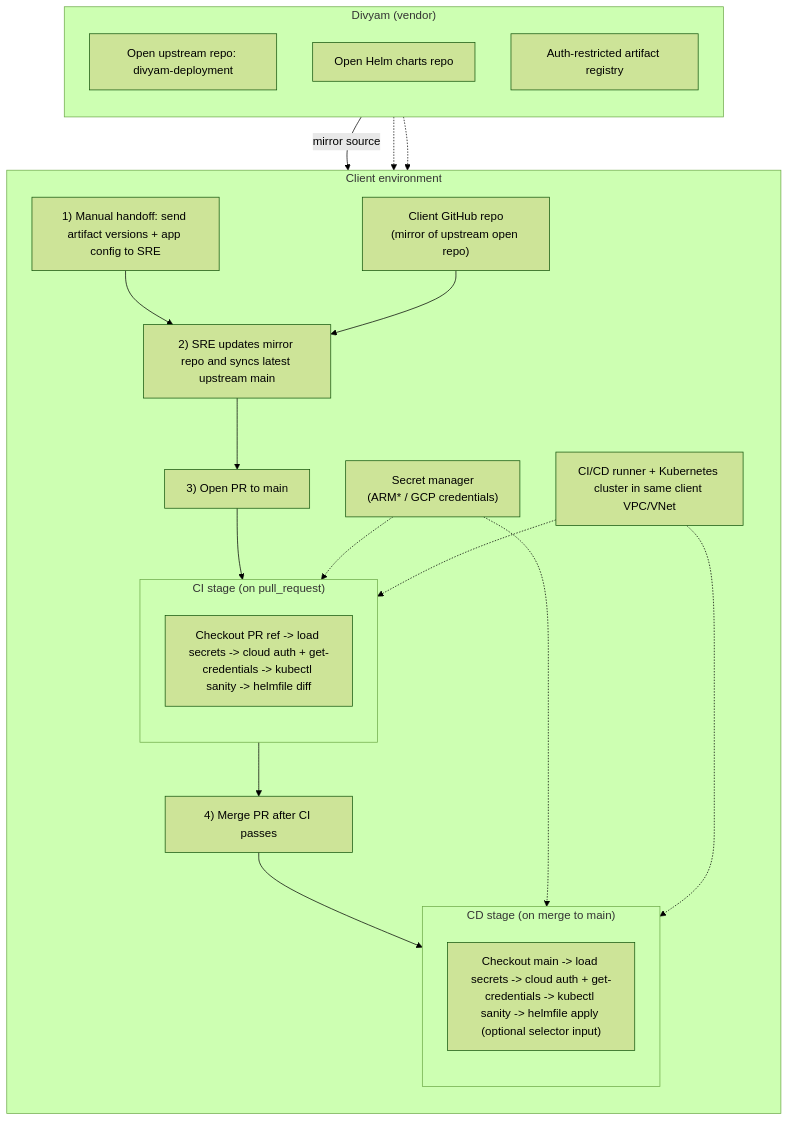
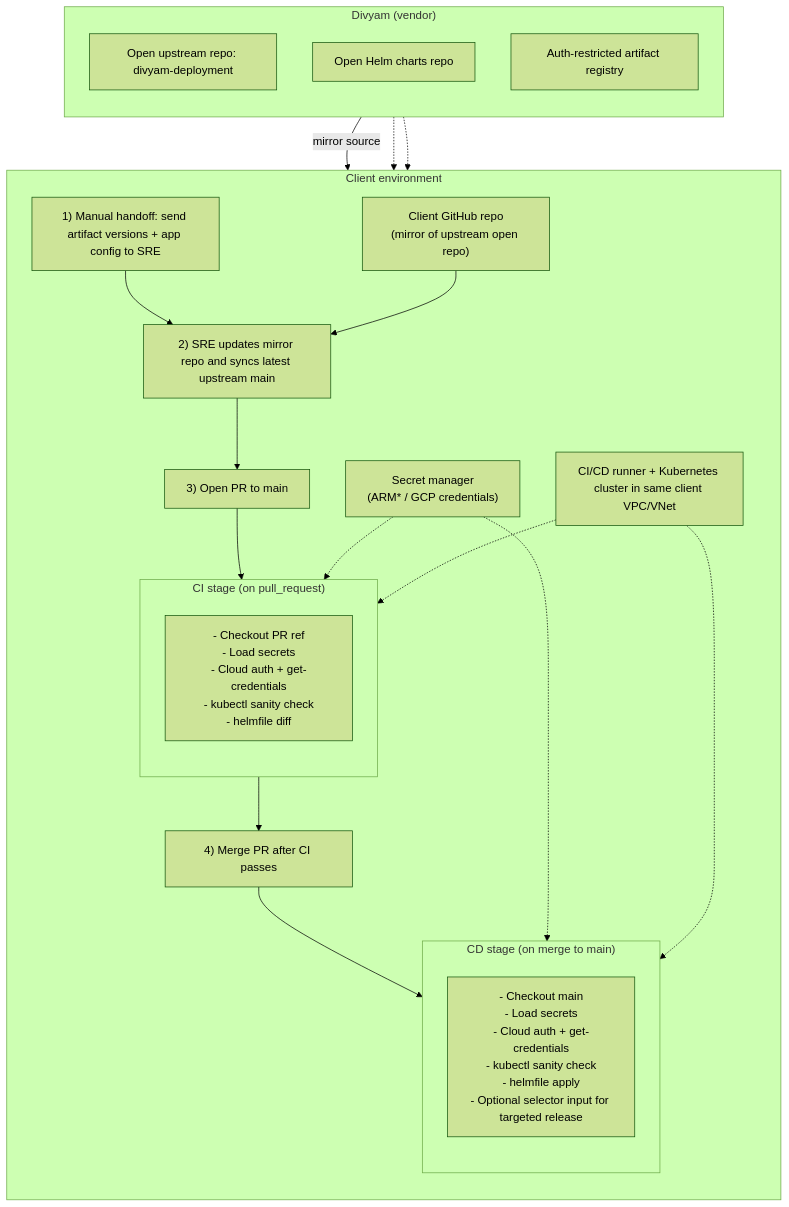
One commit to Divyam-AI/divyam-deployment changed the diagram in k8s/docs/cicd-overview.md. Above: the diagram before and after it, drawn with Mermaid (forest theme).

Commit message:
updates to doc

````diff
--- a/k8s/docs/cicd-overview.md
+++ b/k8s/docs/cicd-overview.md
@@ -3,40 +3,49 @@
 ```mermaid
 flowchart TB
   subgraph Divyam["Divyam (vendor)"]
     direction TB
     UP["Open upstream repo: divyam-deployment"]
     HC["Open Helm charts repo"]
     AR["Auth-restricted artifact registry"]
   end
 
   subgraph Client["Client environment"]
     direction TB
     SM["Secret manager\n(ARM* / GCP credentials)"]
     MIR["Client GitHub repo\n(mirror of upstream open repo)"]
     S1["1) Manual handoff: send artifact versions + app config to SRE"]
     S2["2) SRE updates mirror repo and syncs latest upstream main"]
     S3["3) Open PR to main"]
     S4["4) Merge PR after CI passes"]
     VNET["CI/CD runner + Kubernetes cluster in same client VPC/VNet"]
 
     subgraph CIStage["CI stage (on pull_request)"]
       direction TB
-      CI["Checkout PR ref -> load secrets -> cloud auth + get-credentials -> kubectl sanity -> helmfile diff"]
+      CI["- Checkout PR ref
+- Load secrets
+- Cloud auth + get-credentials
+- kubectl sanity check
+- helmfile diff"]
     end
 
     subgraph CDStage["CD stage (on merge to main)"]
       direction TB
-      CD["Checkout main -> load secrets -> cloud auth + get-credentials -> kubectl sanity -> helmfile apply (optional selector input)"]
+      CD["- Checkout main
+- Load secrets
+- Cloud auth + get-credentials
+- kubectl sanity check
+- helmfile apply
+- Optional selector input for targeted release"]
     end
   end
 
   UP -->|mirror source| MIR
   S1 --> S2 --> S3 --> CI --> S4 --> CD
   MIR --> S2
   SM -.-> CI
   SM -.-> CD
   VNET -.-> CI
   VNET -.-> CD
   HC -.-> CI
   AR -.-> CD
 ```
````
